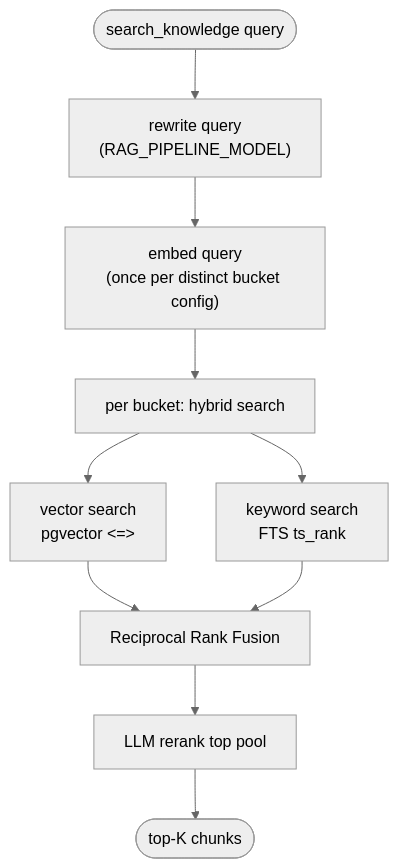
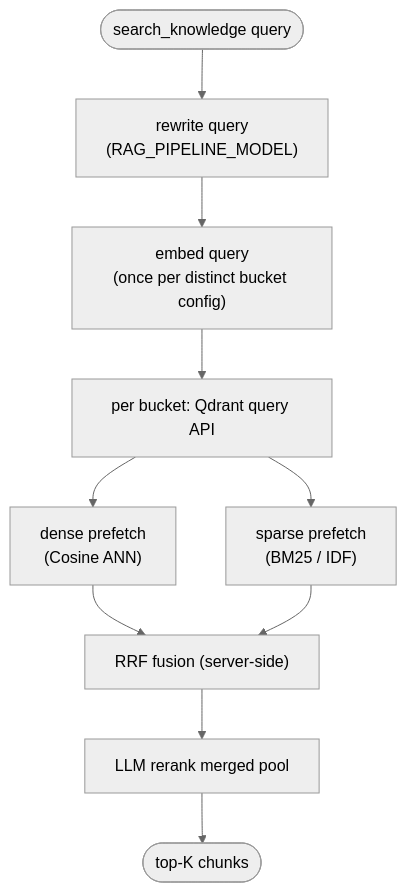
One commit to cuonghuunguyen/omnichannel-mvp changed the second of 2 diagrams in packages/api/README.md. Above: the diagram before and after it, drawn with Mermaid (neutral theme). The commit also changed other lines of this file and 73 other files, not shown here.

````diff
--- a/packages/api/README.md
+++ b/packages/api/README.md
@@ -59,12 +66,12 @@
 ```mermaid
 flowchart TD
     Q([search_knowledge query]) --> RW["rewrite query<br/>(RAG_PIPELINE_MODEL)"]
     RW --> Embed["embed query<br/>(once per distinct bucket config)"]
-    Embed --> PerBucket["per bucket: hybrid search"]
-    PerBucket --> Vec["vector search<br/>pgvector &lt;=&gt;"]
-    PerBucket --> Kw["keyword search<br/>FTS ts_rank"]
-    Vec --> Fuse["Reciprocal Rank Fusion"]
+    Embed --> PerBucket["per bucket: Qdrant query API"]
+    PerBucket --> Vec["dense prefetch<br/>(Cosine ANN)"]
+    PerBucket --> Kw["sparse prefetch<br/>(BM25 / IDF)"]
+    Vec --> Fuse["RRF fusion (server-side)"]
     Kw --> Fuse
-    Fuse --> Rerank["LLM rerank top pool"]
+    Fuse --> Rerank["LLM rerank merged pool"]
     Rerank --> TopK([top-K chunks])
 ```
````
